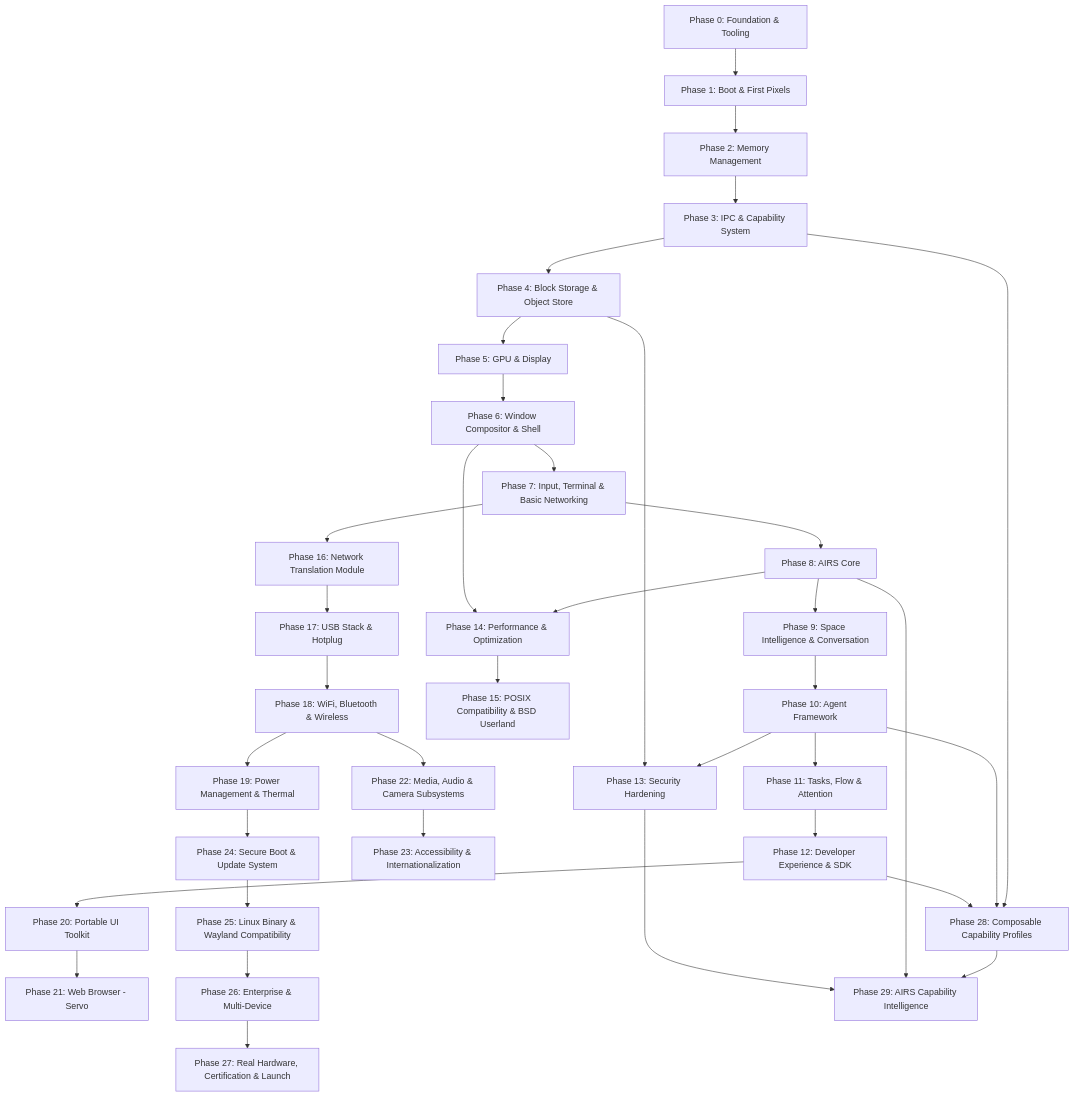
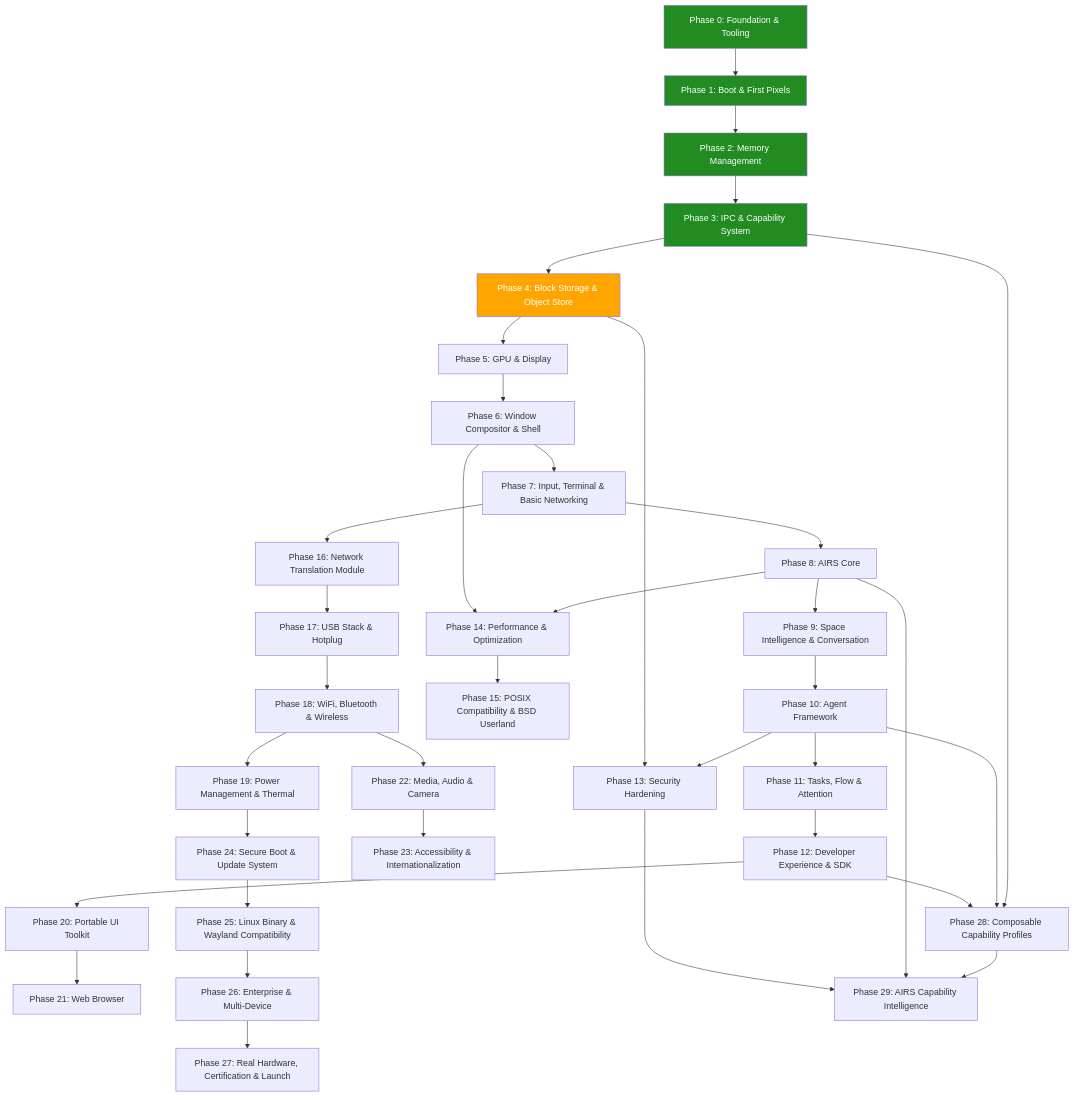
The second of 2 diagrams in docs/project/development-plan.md (juslee/aios), drawn with Mermaid before and after one commit. The commit also changed other lines of this file and 1 other file, not shown here.

First line of the commit message:
Docs: Update development plan with revised timeline and Gate 1 retrospective

````diff
--- a/docs/project/development-plan.md
+++ b/docs/project/development-plan.md
@@ -65,43 +74,49 @@
 ```mermaid
 flowchart TD
     P0["Phase 0: Foundation & Tooling"] --> P1["Phase 1: Boot & First Pixels"]
     P1 --> P2["Phase 2: Memory Management"]
     P2 --> P3["Phase 3: IPC & Capability System"]
     P3 --> P4["Phase 4: Block Storage & Object Store"]
     P4 --> P5["Phase 5: GPU & Display"]
     P5 --> P6["Phase 6: Window Compositor & Shell"]
     P6 --> P7["Phase 7: Input, Terminal & Basic Networking"]
 
     P7 --> P8["Phase 8: AIRS Core"]
     P8 --> P9["Phase 9: Space Intelligence & Conversation"]
     P9 --> P10["Phase 10: Agent Framework"]
     P10 --> P11["Phase 11: Tasks, Flow & Attention"]
     P11 --> P12["Phase 12: Developer Experience & SDK"]
     P10 --> P13["Phase 13: Security Hardening"]
     P4 --> P13
     P8 --> P14["Phase 14: Performance & Optimization"]
     P6 --> P14
     P14 --> P15["Phase 15: POSIX Compatibility & BSD Userland"]
 
     P7 --> P16["Phase 16: Network Translation Module"]
     P16 --> P17["Phase 17: USB Stack & Hotplug"]
     P17 --> P18["Phase 18: WiFi, Bluetooth & Wireless"]
     P18 --> P19["Phase 19: Power Management & Thermal"]
 
     P12 --> P20["Phase 20: Portable UI Toolkit"]
-    P20 --> P21["Phase 21: Web Browser - Servo"]
-    P18 --> P22["Phase 22: Media, Audio & Camera Subsystems"]
+    P20 --> P21["Phase 21: Web Browser"]
+    P18 --> P22["Phase 22: Media, Audio & Camera"]
     P22 --> P23["Phase 23: Accessibility & Internationalization"]
 
     P19 --> P24["Phase 24: Secure Boot & Update System"]
     P24 --> P25["Phase 25: Linux Binary & Wayland Compatibility"]
     P25 --> P26["Phase 26: Enterprise & Multi-Device"]
     P26 --> P27["Phase 27: Real Hardware, Certification & Launch"]
 
     P3 --> P28["Phase 28: Composable Capability Profiles"]
     P10 --> P28
     P12 --> P28
     P28 --> P29["Phase 29: AIRS Capability Intelligence"]
     P8 --> P29
     P13 --> P29
+
+    style P0 fill:#228B22,color:white
+    style P1 fill:#228B22,color:white
+    style P2 fill:#228B22,color:white
+    style P3 fill:#228B22,color:white
+    style P4 fill:#FFA500,color:white
 ```
````
